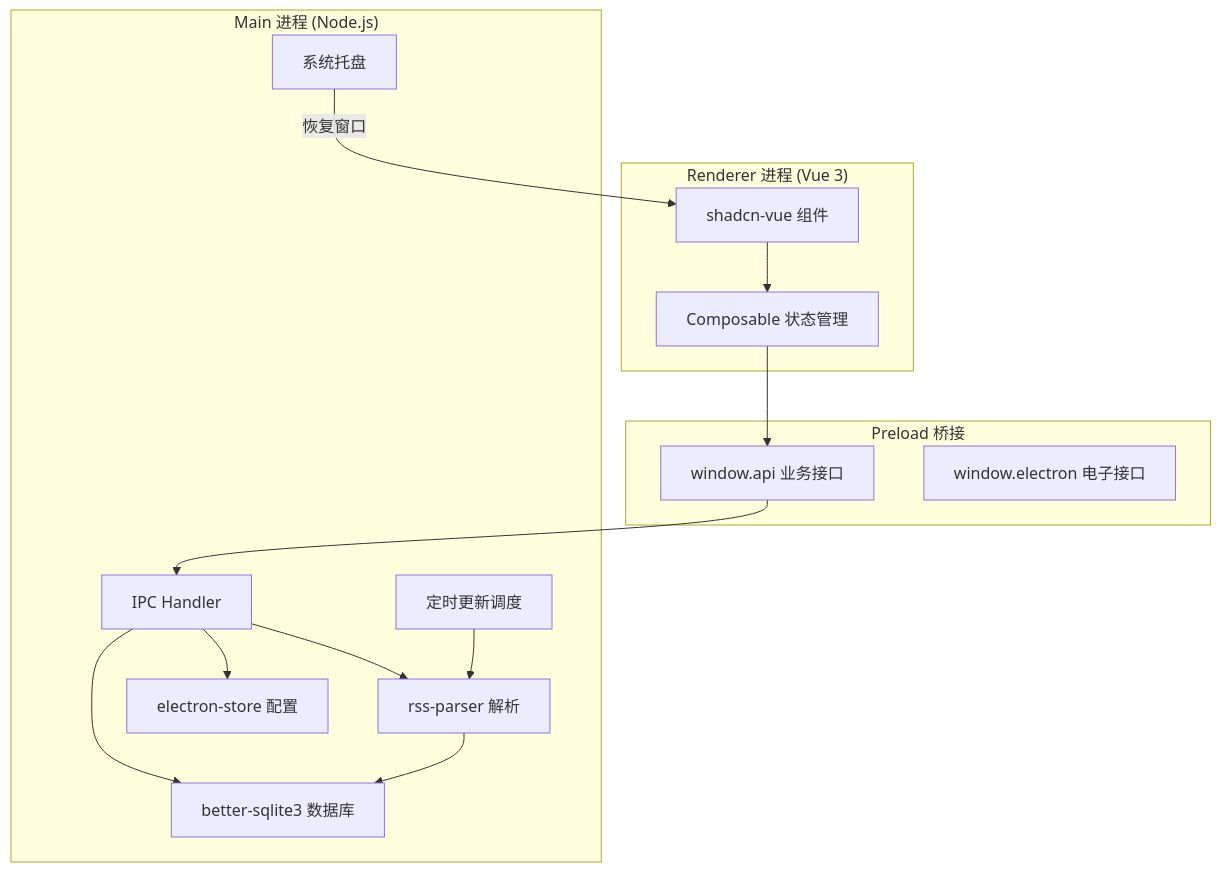
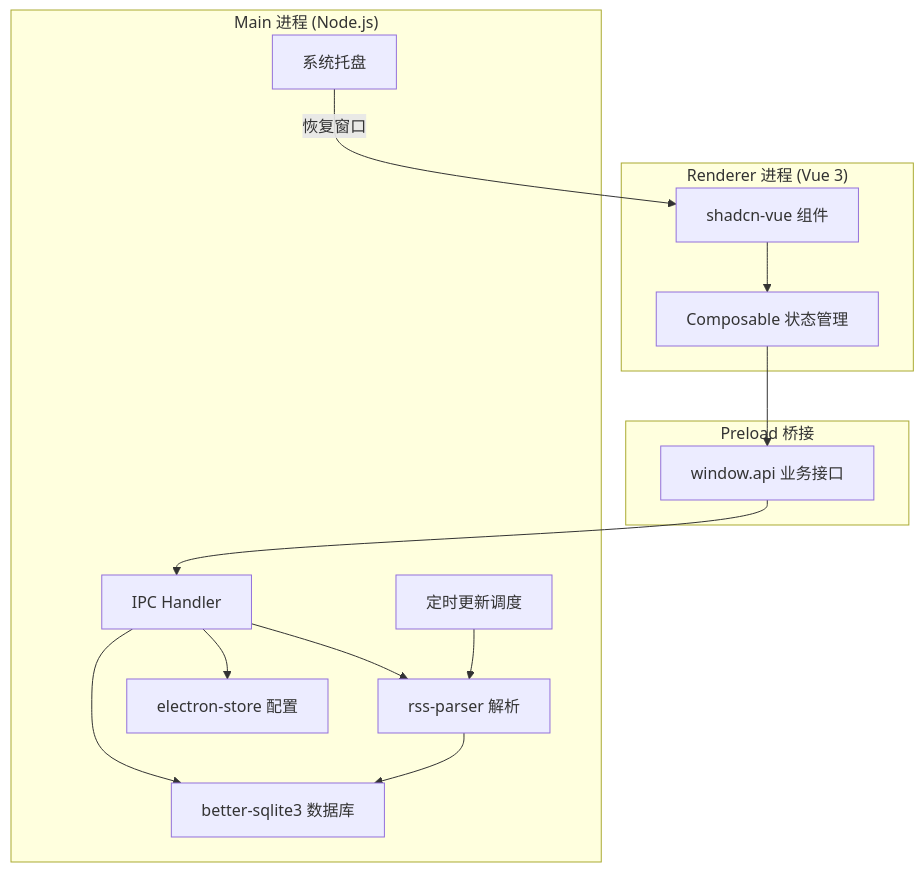
Before and after one commit to lianginx/feed: the diagram in docs/architecture.md, drawn with Mermaid. The commit also changed other lines of this file and 1 other file, not shown here.

Commit message:
docs: 补充 Electron 官方最佳实践参考（性能/安全篇）

````diff
--- a/docs/architecture.md
+++ b/docs/architecture.md
@@ -114,31 +114,30 @@
 ```mermaid
 graph TB
     subgraph "Renderer 进程 (Vue 3)"
         UI[shadcn-vue 组件]
         Store[Composable 状态管理]
     end
 
     subgraph "Preload 桥接"
         API[window.api 业务接口]
-        Electron[window.electron 电子接口]
     end
 
     subgraph "Main 进程 (Node.js)"
         IPC[IPC Handler]
         RSS[rss-parser 解析]
         DB[better-sqlite3 数据库]
         Config[electron-store 配置]
         Scheduler[定时更新调度]
         Tray[系统托盘]
     end
 
     UI --> Store
     Store --> API
     API --> IPC
     IPC --> RSS
     IPC --> DB
     IPC --> Config
     RSS --> DB
     Scheduler --> RSS
     Tray -->|恢复窗口| UI
 ```
````
